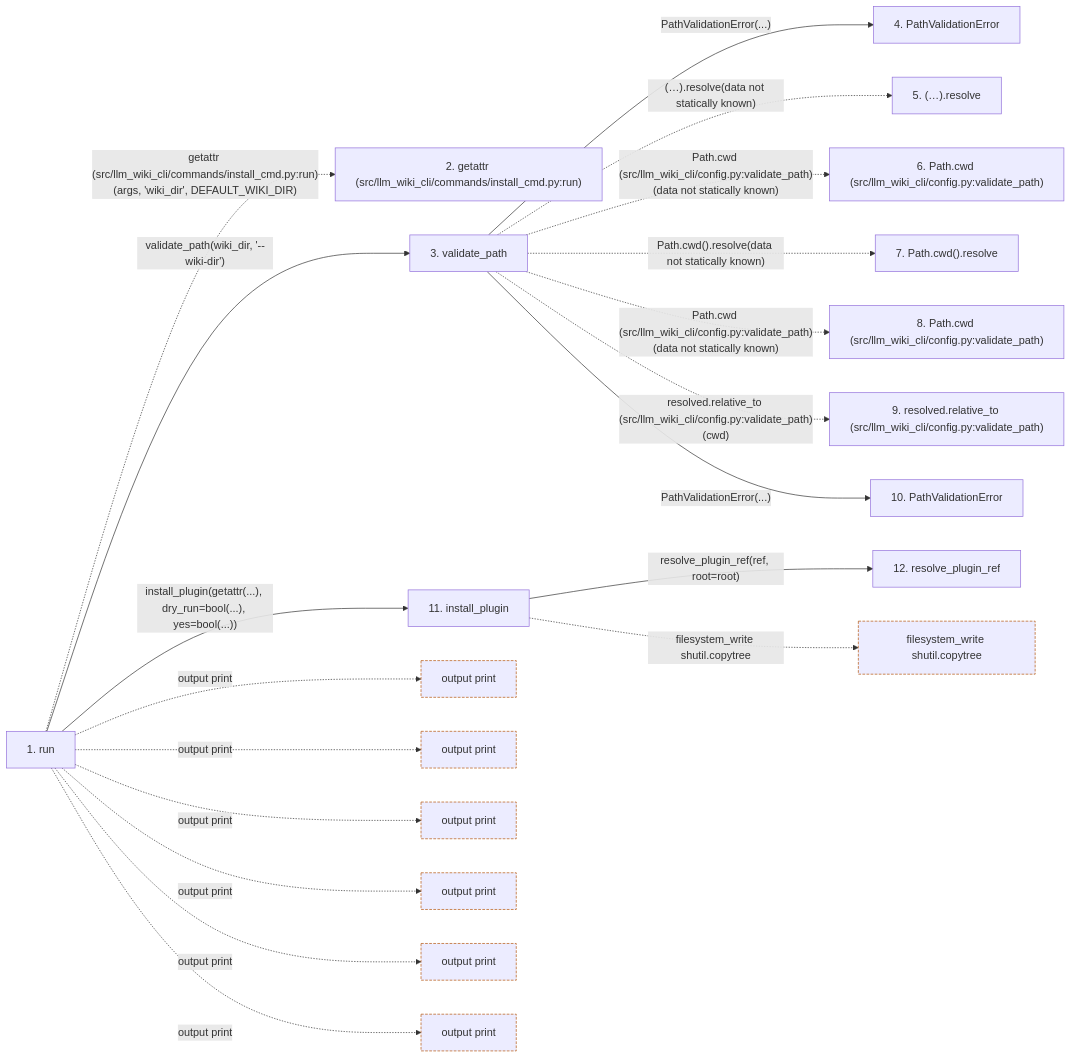
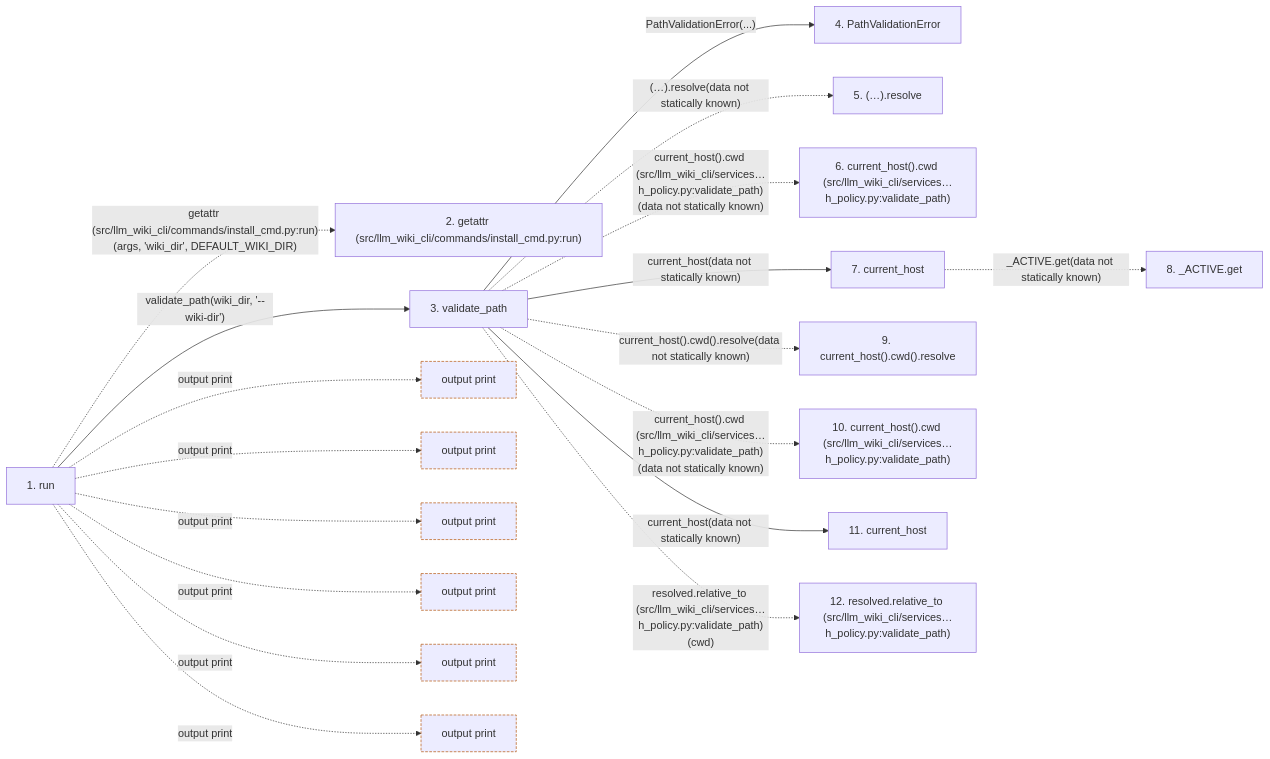
The second of 2 diagrams in docs/llm_wiki/flows/cli-install.md (Denissvgn/python-wiki-llm), drawn with Mermaid before and after one commit. The commit also changed other lines of this file and 1555 other files, not shown here.

````diff
--- a/docs/llm_wiki/flows/cli-install.md
+++ b/docs/llm_wiki/flows/cli-install.md
@@ -139,54 +141,50 @@
 ```mermaid
 flowchart LR
     s1["1. run"]
     s2["2. getattr (src/llm_wiki_cli/commands/install_cmd.py:run)"]
     s3["3. validate_path"]
     s4["4. PathValidationError"]
     s5["5. (…).resolve"]
-    s6["6. Path.cwd (src/llm_wiki_cli/config.py:validate_path)"]
-    s7["7. Path.cwd().resolve"]
-    s8["8. Path.cwd (src/llm_wiki_cli/config.py:validate_path)"]
-    s9["9. resolved.relative_to (src/llm_wiki_cli/config.py:validate_path)"]
-    s10["10. PathValidationError"]
-    s11["11. install_plugin"]
-    s12["12. resolve_plugin_ref"]
+    s6["6. current_host().cwd (src/llm_wiki_cli/services…h_policy.py:validate_path)"]
+    s7["7. current_host"]
+    s8["8. _ACTIVE.get"]
+    s9["9. current_host().cwd().resolve"]
+    s10["10. current_host().cwd (src/llm_wiki_cli/services…h_policy.py:validate_path)"]
+    s11["11. current_host"]
+    s12["12. resolved.relative_to (src/llm_wiki_cli/services…h_policy.py:validate_path)"]
     s1 -. "getattr (src/llm_wiki_cli/commands/install_cmd.py:run)(args, 'wiki_dir', DEFAULT_WIKI_DIR)" .-> s2
     s1 -->|"validate_path(wiki_dir, '--wiki-dir')"| s3
     s3 -->|"PathValidationError(...)"| s4
     s3 -. "(…).resolve(data not statically known)" .-> s5
-    s3 -. "Path.cwd (src/llm_wiki_cli/config.py:validate_path)(data not statically known)" .-> s6
-    s3 -. "Path.cwd().resolve(data not statically known)" .-> s7
-    s3 -. "Path.cwd (src/llm_wiki_cli/config.py:validate_path)(data not statically known)" .-> s8
-    s3 -. "resolved.relative_to (src/llm_wiki_cli/config.py:validate_path)(cwd)" .-> s9
-    s3 -->|"PathValidationError(...)"| s10
-    s1 -->|"install_plugin(getattr(...), dry_run=bool(...), yes=bool(...))"| s11
-    s11 -->|"resolve_plugin_ref(ref, root=root)"| s12
+    s3 -. "current_host().cwd (src/llm_wiki_cli/services…h_policy.py:validate_path)(data not statically known)" .-> s6
+    s3 -->|"current_host(data not statically known)"| s7
+    s7 -. "_ACTIVE.get(data not statically known)" .-> s8
+    s3 -. "current_host().cwd().resolve(data not statically known)" .-> s9
+    s3 -. "current_host().cwd (src/llm_wiki_cli/services…h_policy.py:validate_path)(data not statically known)" .-> s10
+    s3 -->|"current_host(data not statically known)"| s11
+    s3 -. "resolved.relative_to (src/llm_wiki_cli/services…h_policy.py:validate_path)(cwd)" .-> s12
     b0["output print"]
     s1 -. "output print" .-> b0
     b1["output print"]
     s1 -. "output print" .-> b1
     b2["output print"]
     s1 -. "output print" .-> b2
     b3["output print"]
     s1 -. "output print" .-> b3
     b4["output print"]
     s1 -. "output print" .-> b4
     b5["output print"]
     s1 -. "output print" .-> b5
-    b6["filesystem_write shutil.copytree"]
-    s11 -. "filesystem_write shutil.copytree" .-> b6
     click s1 "../modules/install_cmd.md"
-    click s3 "../modules/config.md"
-    click s4 "../modules/config.md"
-    click s10 "../modules/config.md"
-    click s11 "../modules/plugins.md"
-    click s12 "../modules/plugins.md"
+    click s3 "../modules/path_policy.md"
+    click s4 "../modules/path_policy.md"
+    click s7 "../modules/host.md"
+    click s11 "../modules/host.md"
     classDef boundary stroke:#b45309,stroke-dasharray: 4 2
     class b0 boundary
     class b1 boundary
     class b2 boundary
     class b3 boundary
     class b4 boundary
     class b5 boundary
-    class b6 boundary
 ```
````
